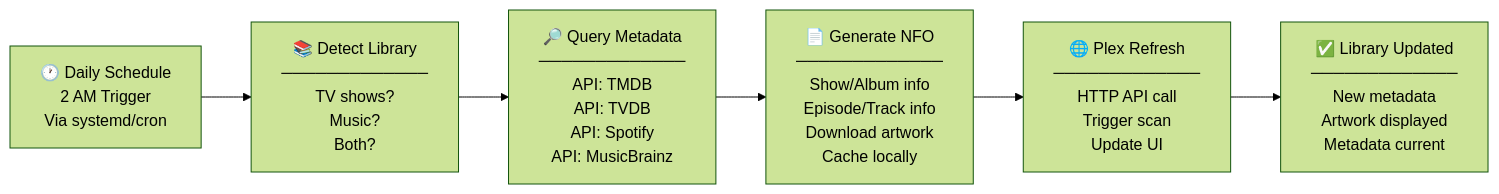
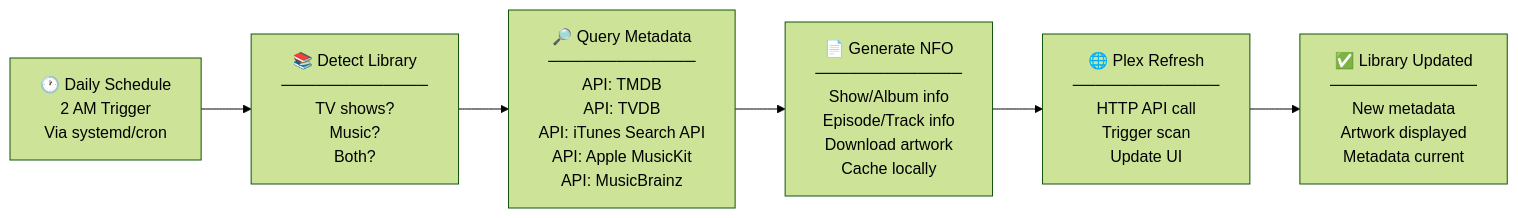
Before and after one commit to roto31/Plex-NFO-creator-and-Poster-Art-creator: the third of 15 diagrams in docs/WORKFLOWS_AND_DIAGRAMS.md, drawn with Mermaid (forest theme). The commit also changed other lines of this file and 7 other files, not shown here.

First line of the commit message:
docs: complete Spotify → iTunes/MusicKit sweep and update extract_artwork docs

````diff
--- a/docs/WORKFLOWS_AND_DIAGRAMS.md
+++ b/docs/WORKFLOWS_AND_DIAGRAMS.md
@@ -89,20 +91,20 @@
 ```mermaid
 flowchart LR
     A["🕐 Daily Schedule<br/>2 AM Trigger<br/>Via systemd/cron"]
     
     B["📚 Detect Library<br/>─────────────<br/>TV shows?<br/>Music?<br/>Both?"]
     
-    C["🔎 Query Metadata<br/>─────────────<br/>API: TMDB<br/>API: TVDB<br/>API: Spotify<br/>API: MusicBrainz"]
+    C["🔎 Query Metadata<br/>─────────────<br/>API: TMDB<br/>API: TVDB<br/>API: iTunes Search API<br/>API: Apple MusicKit<br/>API: MusicBrainz"]
     
     D["📄 Generate NFO<br/>─────────────<br/>Show/Album info<br/>Episode/Track info<br/>Download artwork<br/>Cache locally"]
     
     E["🌐 Plex Refresh<br/>─────────────<br/>HTTP API call<br/>Trigger scan<br/>Update UI"]
     
     F["✅ Library Updated<br/>─────────────<br/>New metadata<br/>Artwork displayed<br/>Metadata current"]
     
     A --> B
     B --> C
     C --> D
     D --> E
     E --> F
 ```
````
